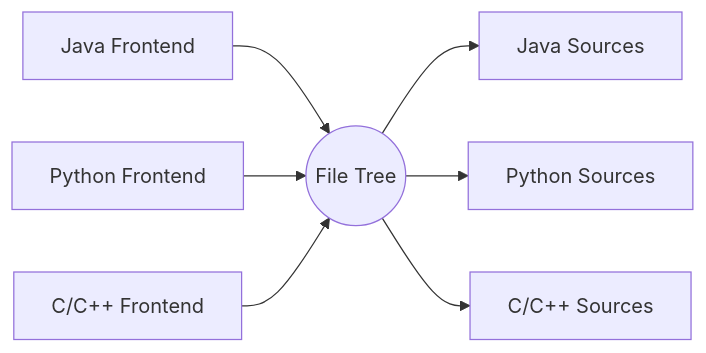
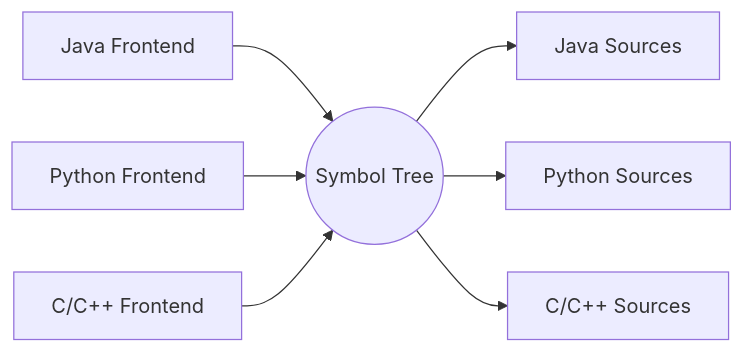
Before and after one commit to FunningC0217/UnionParser: the first of 5 diagrams in README.md, drawn with Mermaid. The commit also changed other lines of this file, not shown here.

````diff
--- a/README.md
+++ b/README.md
@@ -9,9 +9,9 @@
 ```mermaid
 graph LR;
-  P1[Java Frontend]-->T((File Tree))
-  P2[Python Frontend]-->T((File Tree))
-  P3[C/C++ Frontend]-->T((File Tree))
-  T-->A1[Java Sources]
-  T-->A2[Python Sources]
-  T-->A3[C/C++ Sources]
+  P1[Java Frontend]-->S((Symbol Tree))
+  P2[Python Frontend]-->S((Symbol Tree))
+  P3[C/C++ Frontend]-->S((Symbol Tree))
+  S-->A1[Java Sources]
+  S-->A2[Python Sources]
+  S-->A3[C/C++ Sources]
 ```
````
